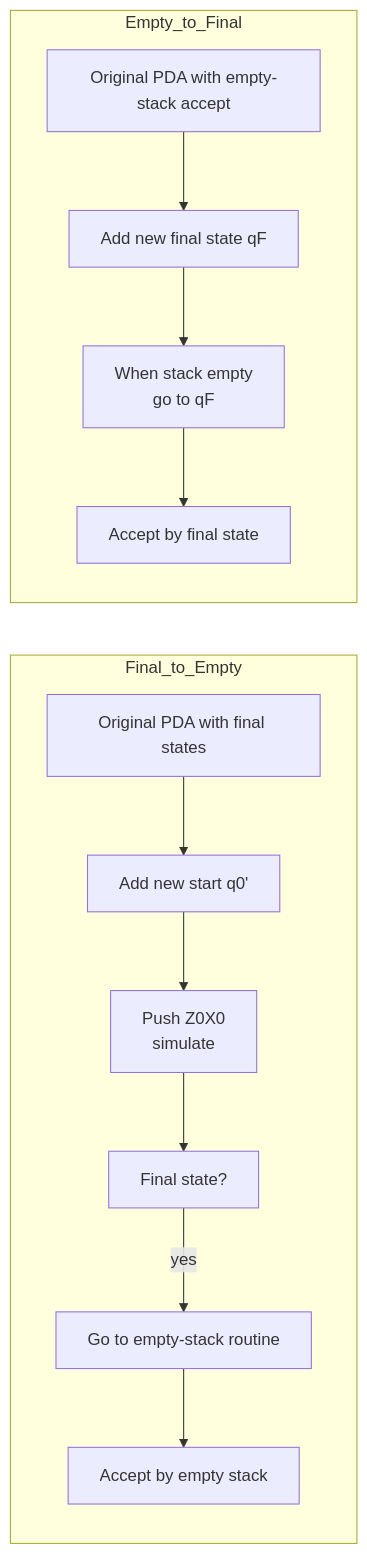
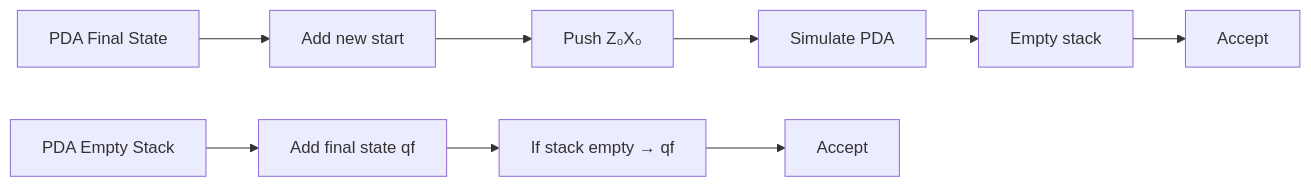
Before and after one commit to manishkumar8312/CS-Fundamentals: the second of 6 diagrams in Theory Of Computation/Ch07 - Pushdown Automata.md, drawn with Mermaid. The commit also changed other lines of this file, not shown here.

````diff
--- a/Theory Of Computation/Ch07 - Pushdown Automata.md
+++ b/Theory Of Computation/Ch07 - Pushdown Automata.md
@@ -85,16 +155,12 @@
 ```mermaid
 flowchart LR
-    subgraph Final_to_Empty
-        A[Original PDA with final states] --> B[Add new start q0']
-        B --> C[Push Z0X0\nsimulate]
-        C --> D[Final state?]
-        D -->|yes| E[Go to empty-stack routine]
-        E --> F[Accept by empty stack]
-    end
+    A[PDA Final State] --> B[Add new start]
+    B --> C[Push Z₀X₀]
+    C --> D[Simulate PDA]
+    D --> E[Empty stack]
+    E --> F[Accept]
 
-    subgraph Empty_to_Final
-        G[Original PDA with empty-stack accept] --> H[Add new final state qF]
-        H --> I[When stack empty\n go to qF]
-        I --> J[Accept by final state]
-    end
+    G[PDA Empty Stack] --> H[Add final state qf]
+    H --> I[If stack empty → qf]
+    I --> J[Accept]
 ```
````
